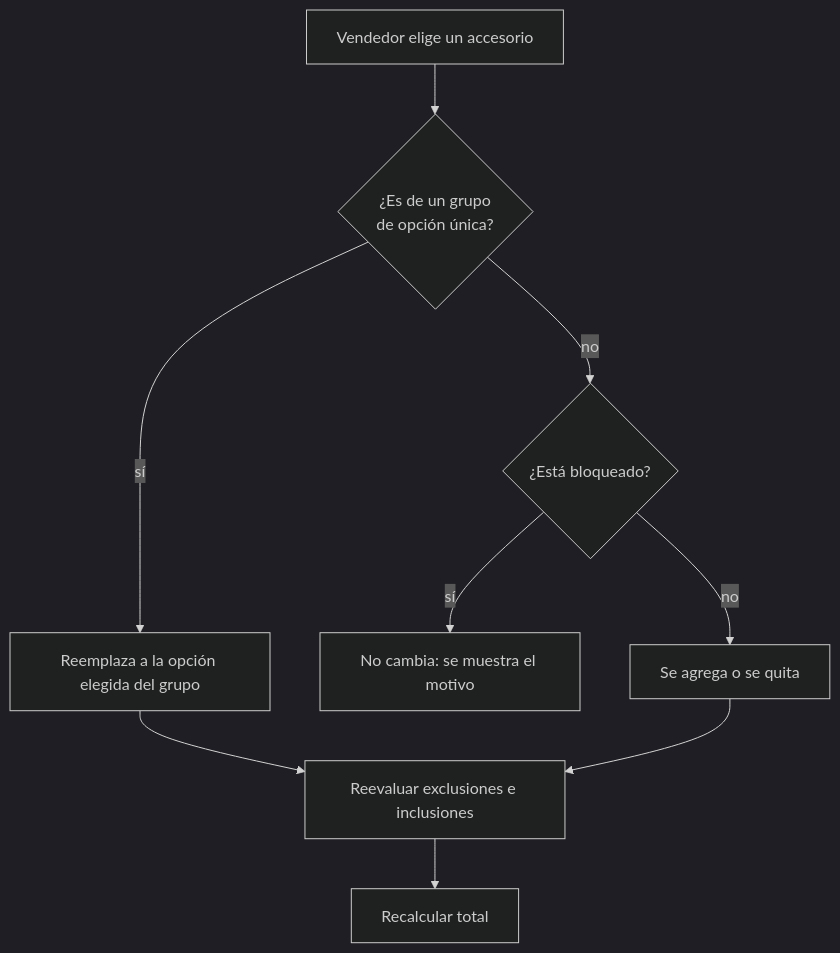
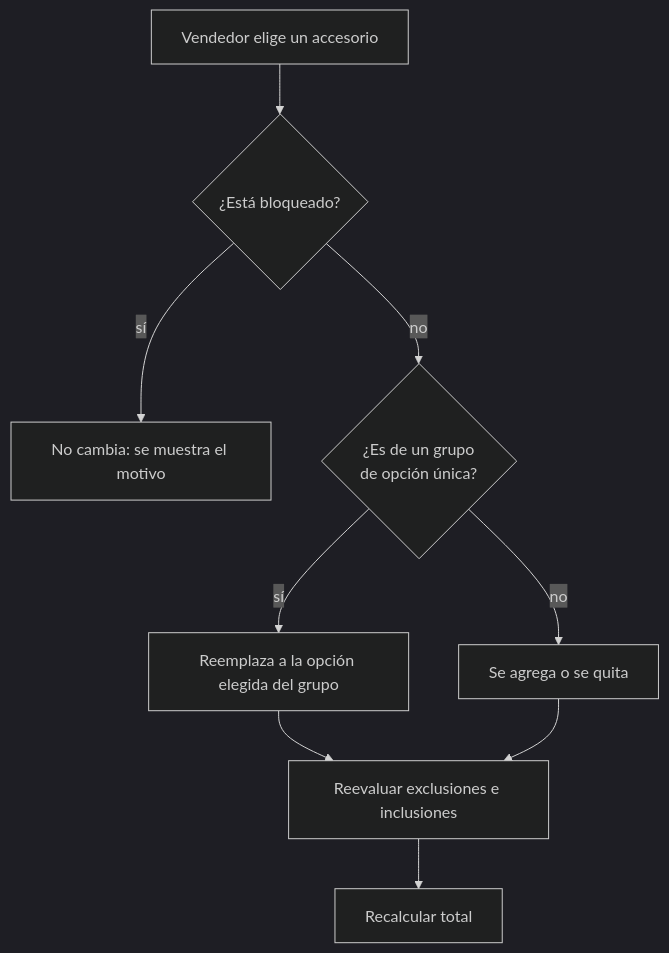
Before and after one commit to ffunes-cru/cotizador: the second of 4 diagrams in docs/flujos.md, drawn with Mermaid (dark theme). The commit also changed other lines of this file and 15 other files, not shown here.

````diff
--- a/docs/flujos.md
+++ b/docs/flujos.md
@@ -41,11 +41,11 @@
 ```mermaid
 flowchart TD
-    A[Vendedor elige un accesorio] --> B{¿Es de un grupo<br/>de opción única?}
+    A[Vendedor elige un accesorio] --> D{¿Está bloqueado?}
+    D -- sí --> E[No cambia: se muestra el motivo]
+    D -- no --> B{¿Es de un grupo<br/>de opción única?}
     B -- sí --> C[Reemplaza a la opción elegida del grupo]
-    B -- no --> D{¿Está bloqueado?}
-    D -- sí --> E[No cambia: se muestra el motivo]
-    D -- no --> F[Se agrega o se quita]
+    B -- no --> F[Se agrega o se quita]
     C --> G[Reevaluar exclusiones e inclusiones]
     F --> G
     G --> H[Recalcular total]
 ```
````
